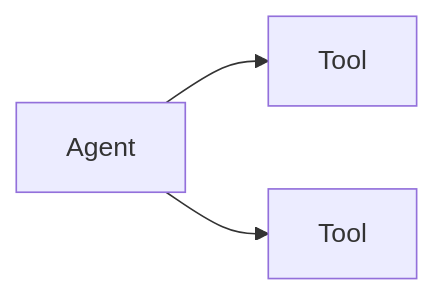
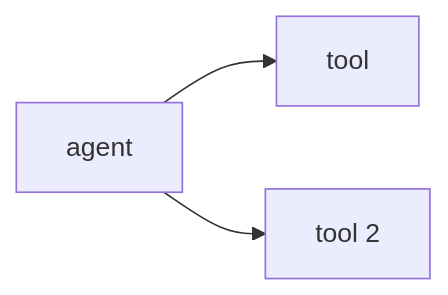
The second of 3 diagrams in docs/mcp/MCP.md (backplane-cloud/agentify-toolkit), drawn with Mermaid before and after one commit. The commit also changed other lines of this file, not shown here.

````diff
--- a/docs/mcp/MCP.md
+++ b/docs/mcp/MCP.md
@@ -260,5 +157,5 @@
 ```mermaid
-flowchart LR
-A[Agent] --> T1[Tool]
-A --> T2[Tool]
+    flowchart LR
+    a[agent] --> t[tool]
+    a --> t2[tool 2]
 ```
````
